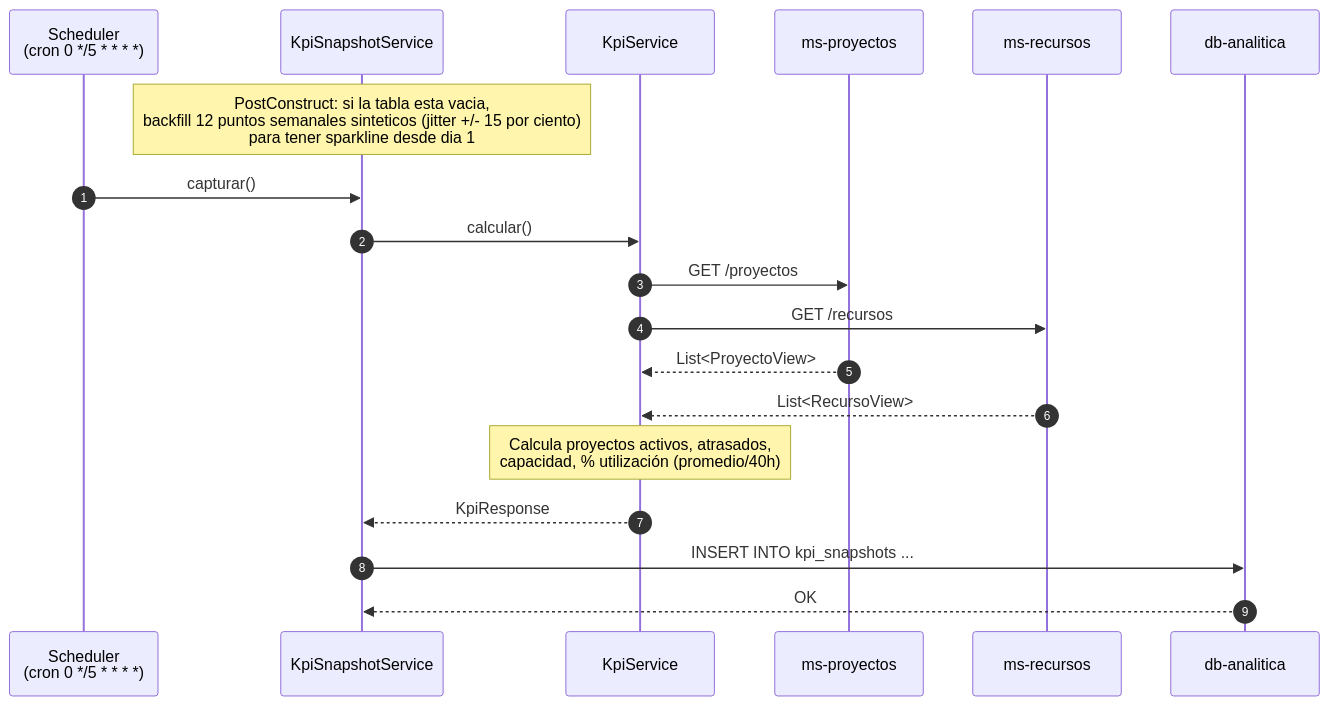
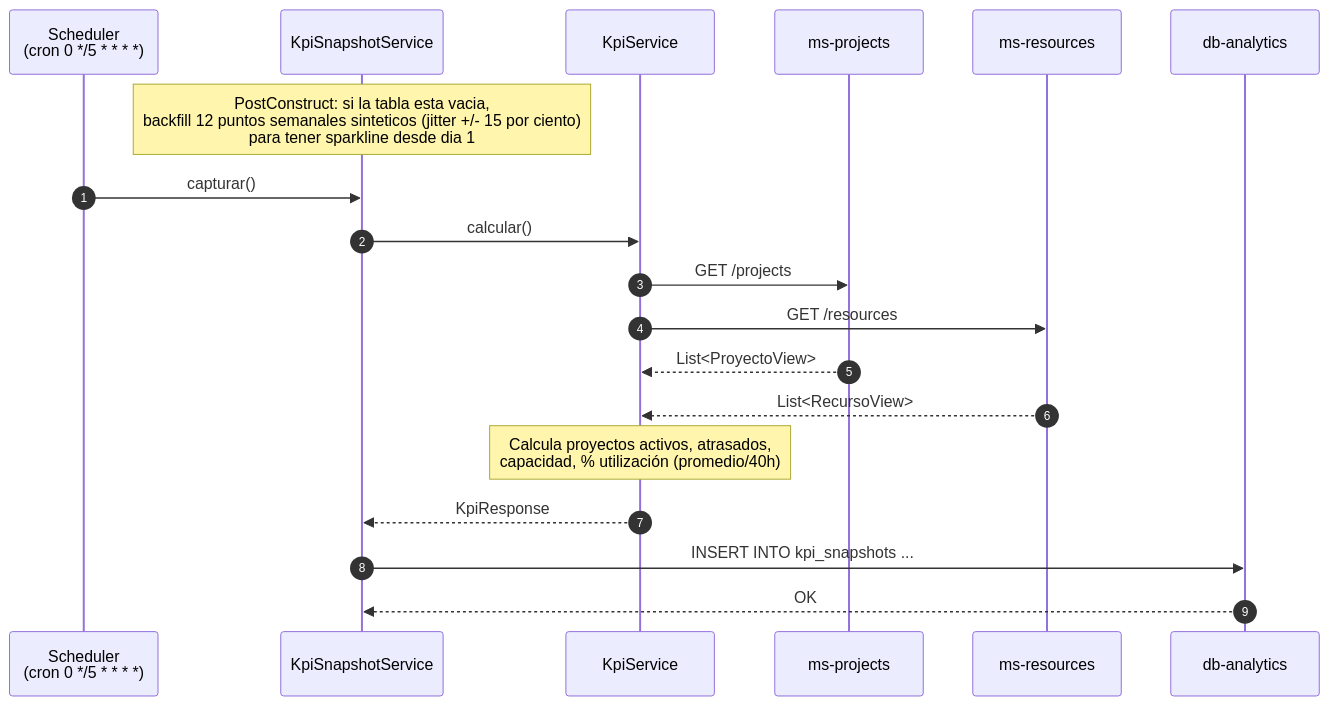
The fourth of 7 diagrams in README.md (najescobar-ui/innovatechSolutionNEEP_FS), drawn with Mermaid before and after one commit. The commit also changed other lines of this file and 1 other file, not shown here.

````diff
--- a/README.md
+++ b/README.md
@@ -227,22 +227,22 @@
 ```mermaid
 sequenceDiagram
     autonumber
     participant CR as Scheduler<br/>(cron 0 */5 * * * *)
     participant S as KpiSnapshotService
     participant K as KpiService
-    participant P as ms-proyectos
-    participant R as ms-recursos
-    participant DBA as db-analitica
+    participant P as ms-projects
+    participant R as ms-resources
+    participant DBA as db-analytics
 
     Note over S: PostConstruct: si la tabla esta vacia,<br/>backfill 12 puntos semanales sinteticos (jitter +/- 15 por ciento)<br/>para tener sparkline desde dia 1
     CR->>S: capturar()
     S->>K: calcular()
-    K->>P: GET /proyectos
-    K->>R: GET /recursos
+    K->>P: GET /projects
+    K->>R: GET /resources
     P-->>K: List<ProyectoView>
     R-->>K: List<RecursoView>
     Note over K: Calcula proyectos activos, atrasados,<br/>capacidad, % utilización (promedio/40h)
     K-->>S: KpiResponse
     S->>DBA: INSERT INTO kpi_snapshots ...
     DBA-->>S: OK
 ```
````
